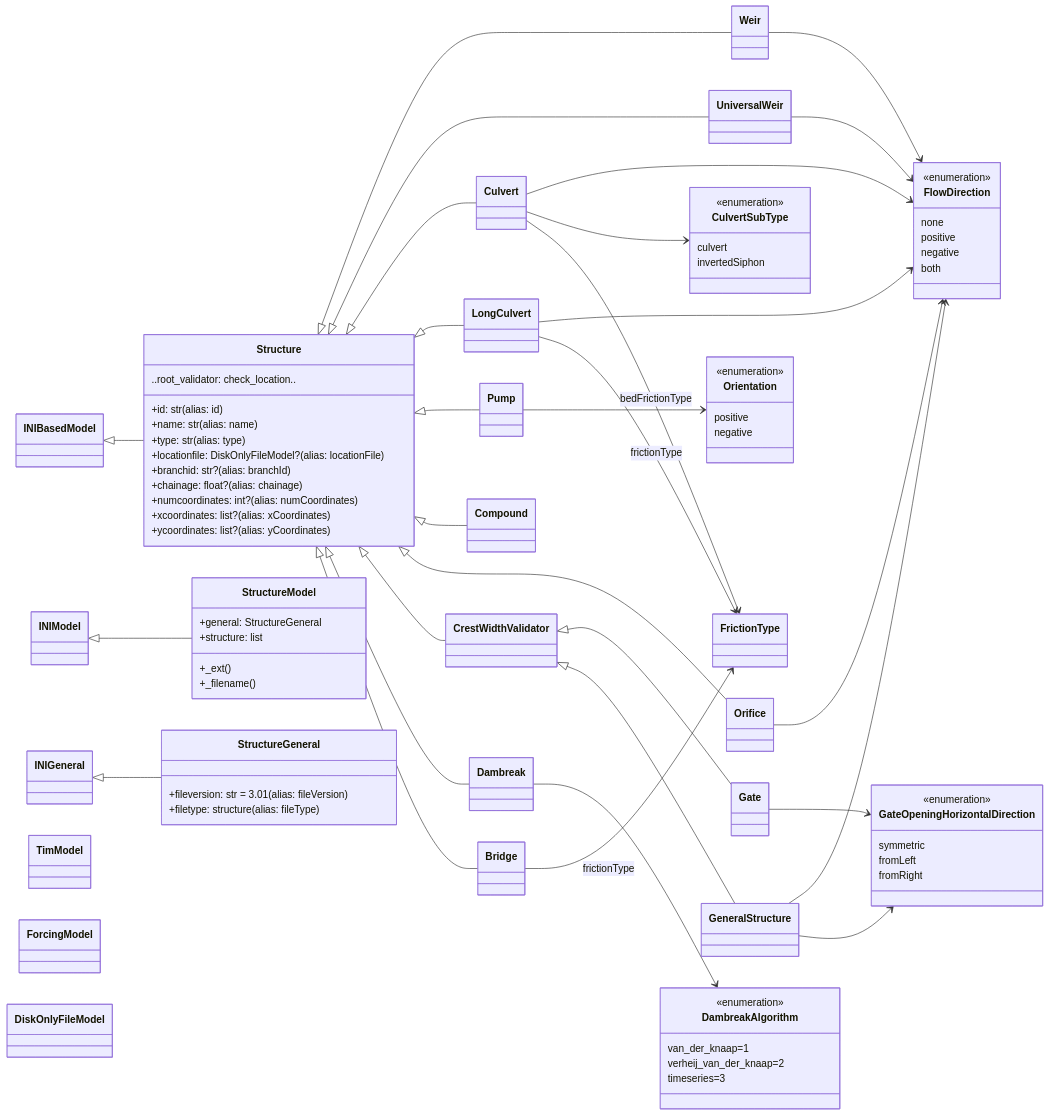
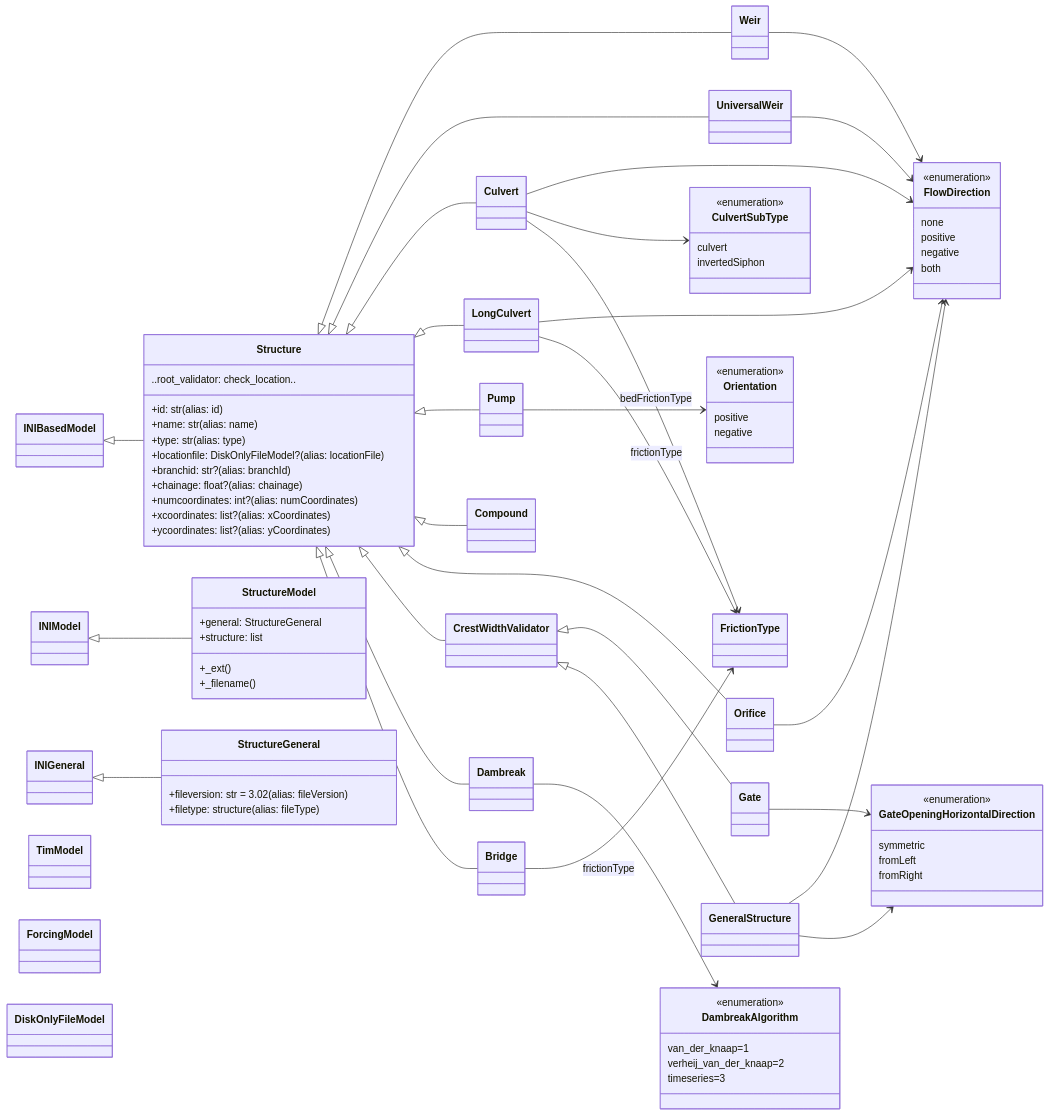
Before and after one commit to Deltares/HYDROLIB-core: the first of 9 diagrams in docs/reference/dflowfm/external-forcing/structures/structure-overview.md, drawn with Mermaid. The commit also changed other lines of this file, not shown here.

Commit message:
fix(models): update fileversion to 3.02 and extend ForcingDataUnion to include RealTime

```diff
--- a/docs/reference/dflowfm/external-forcing/structures/structure-overview.md
+++ b/docs/reference/dflowfm/external-forcing/structures/structure-overview.md
@@ -54,7 +54,7 @@
     }
 
     class StructureGeneral {
-      +fileversion: str = 3.01  (alias: fileVersion)
+      +fileversion: str = 3.02  (alias: fileVersion)
       +filetype: structure  (alias: fileType)
     }
 
```
